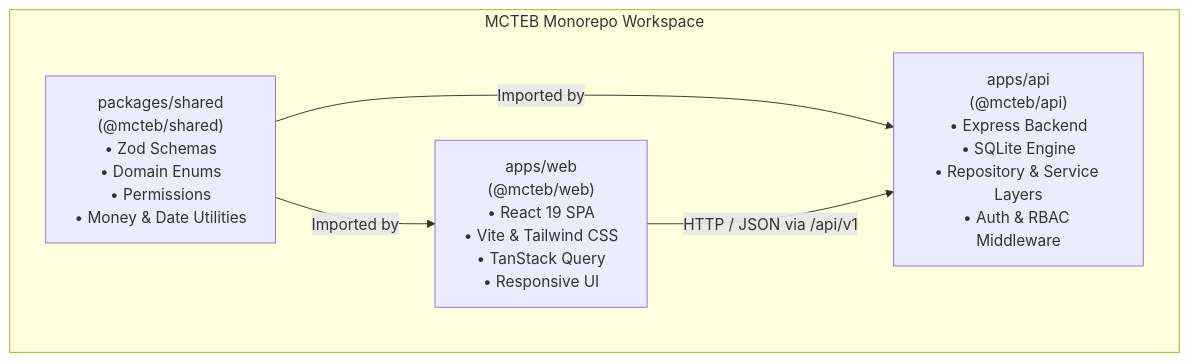
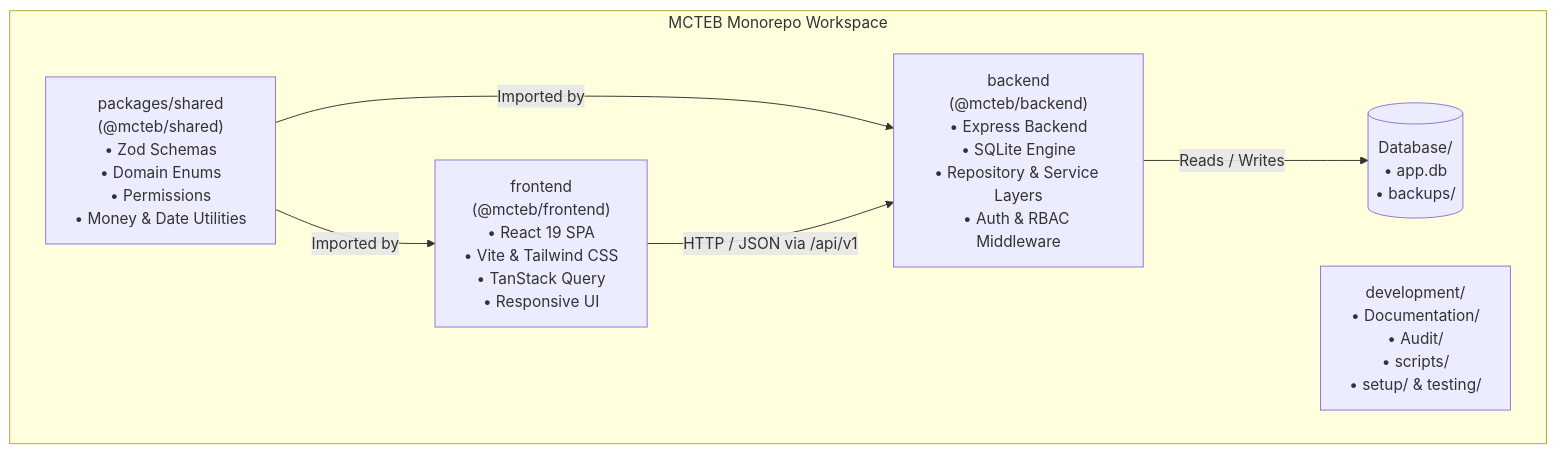
Before and after one commit to J3SS25/MCTED: the diagram in Development/Documentation/System_Overview.md, drawn with Mermaid. The commit also changed other lines of this file and 28 other files, not shown here.

Commit message:
refactor: restructure project into monorepo with dedicated backend, frontend, and development directories

````diff
--- a/Development/Documentation/System_Overview.md
+++ b/Development/Documentation/System_Overview.md
@@ -26,12 +26,15 @@
 ```mermaid
 flowchart TD
     subgraph Monorepo ["MCTEB Monorepo Workspace"]
         Shared["packages/shared<br/>(@mcteb/shared)<br/>• Zod Schemas<br/>• Domain Enums<br/>• Permissions<br/>• Money & Date Utilities"]
-        API["apps/api<br/>(@mcteb/api)<br/>• Express Backend<br/>• SQLite Engine<br/>• Repository & Service Layers<br/>• Auth & RBAC Middleware"]
-        Web["apps/web<br/>(@mcteb/web)<br/>• React 19 SPA<br/>• Vite & Tailwind CSS<br/>• TanStack Query<br/>• Responsive UI"]
+        API["backend<br/>(@mcteb/backend)<br/>• Express Backend<br/>• SQLite Engine<br/>• Repository & Service Layers<br/>• Auth & RBAC Middleware"]
+        Web["frontend<br/>(@mcteb/frontend)<br/>• React 19 SPA<br/>• Vite & Tailwind CSS<br/>• TanStack Query<br/>• Responsive UI"]
+        DB[("Database/<br/>• app.db<br/>• backups/")]
+        Dev["development/<br/>• Documentation/<br/>• Audit/<br/>• scripts/<br/>• setup/ & testing/"]
     end
 
     Shared -->|Imported by| API
     Shared -->|Imported by| Web
     Web -->|HTTP / JSON via /api/v1| API
+    API -->|Reads / Writes| DB
 ```
````
